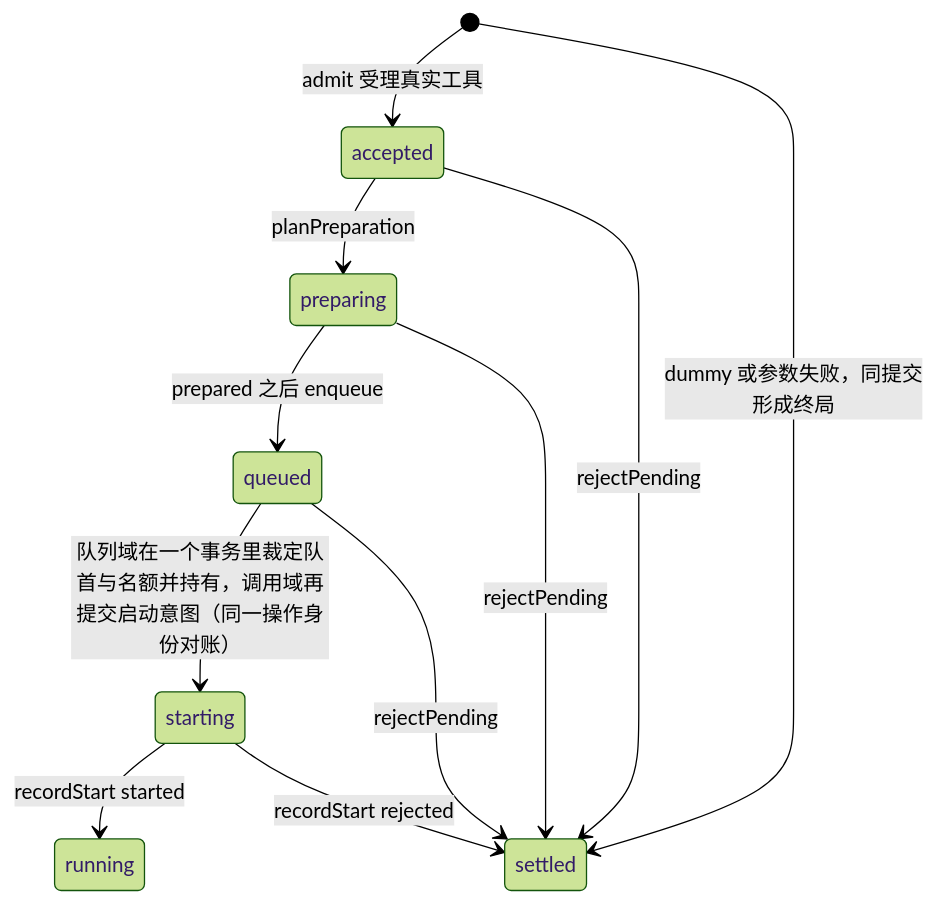
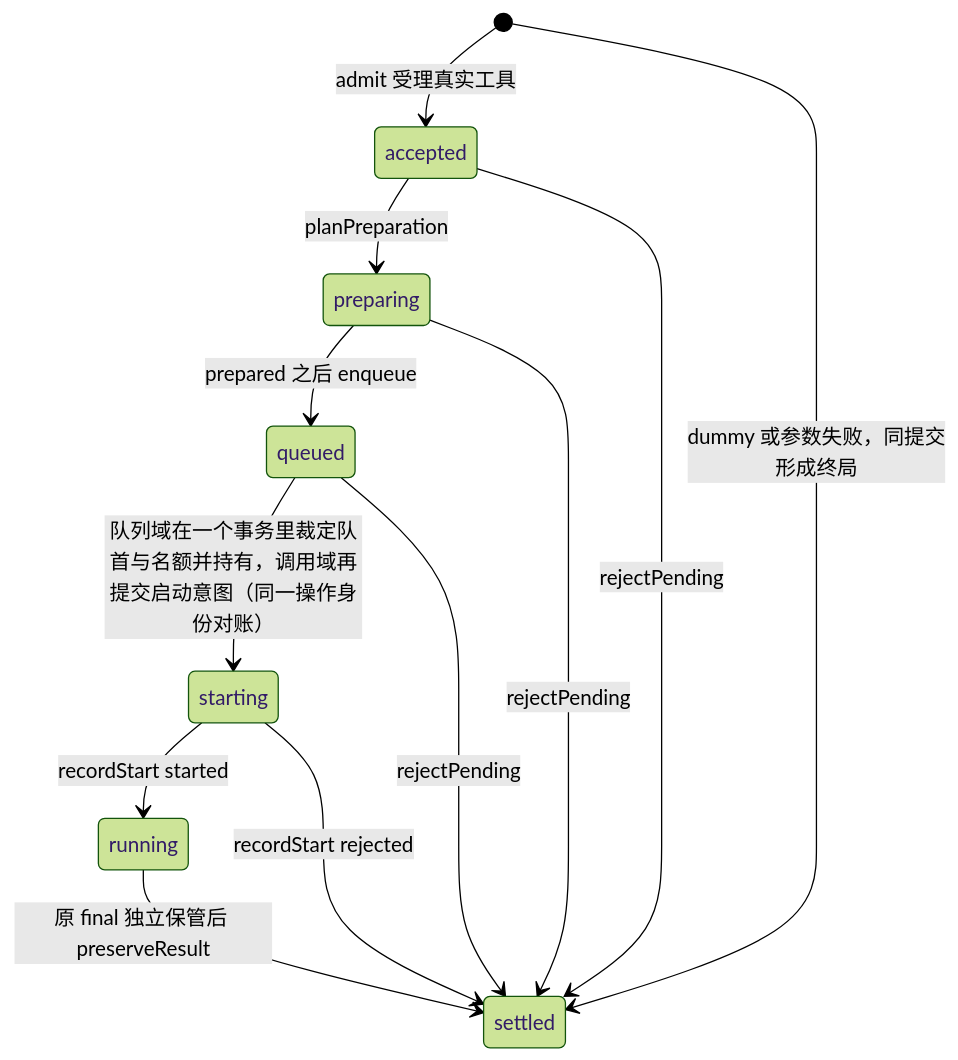
The second of 3 diagrams in packages/tool/tool/docs/object-model.md (nemori-ai/omne-harness-lite), drawn with Mermaid (forest theme) before and after one commit. The commit also changed other lines of this file and 22 other files, not shown here.

````diff
--- a/packages/tool/tool/docs/object-model.md
+++ b/packages/tool/tool/docs/object-model.md
@@ -124,13 +125,14 @@
 ```mermaid
 stateDiagram-v2
     [*] --> accepted: admit 受理真实工具
     [*] --> settled: dummy 或参数失败，同提交形成终局
     accepted --> preparing: planPreparation
     preparing --> queued: prepared 之后 enqueue
     queued --> starting: 队列域在一个事务里裁定队首与名额并持有，调用域再提交启动意图（同一操作身份对账）
     starting --> running: recordStart started
+    running --> settled: 原 final 独立保管后 preserveResult
     starting --> settled: recordStart rejected
     accepted --> settled: rejectPending
     preparing --> settled: rejectPending
     queued --> settled: rejectPending
 ```
````
